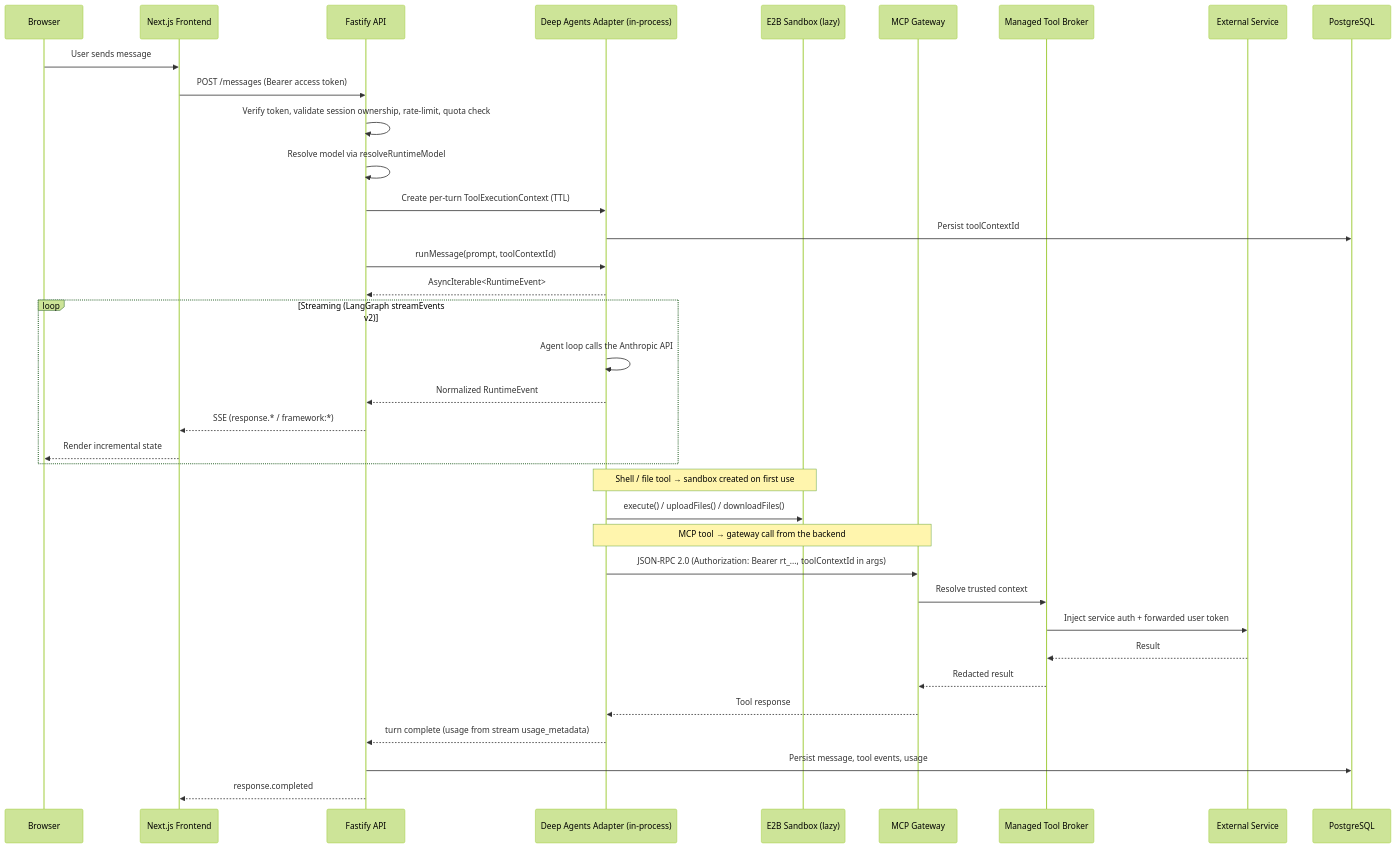
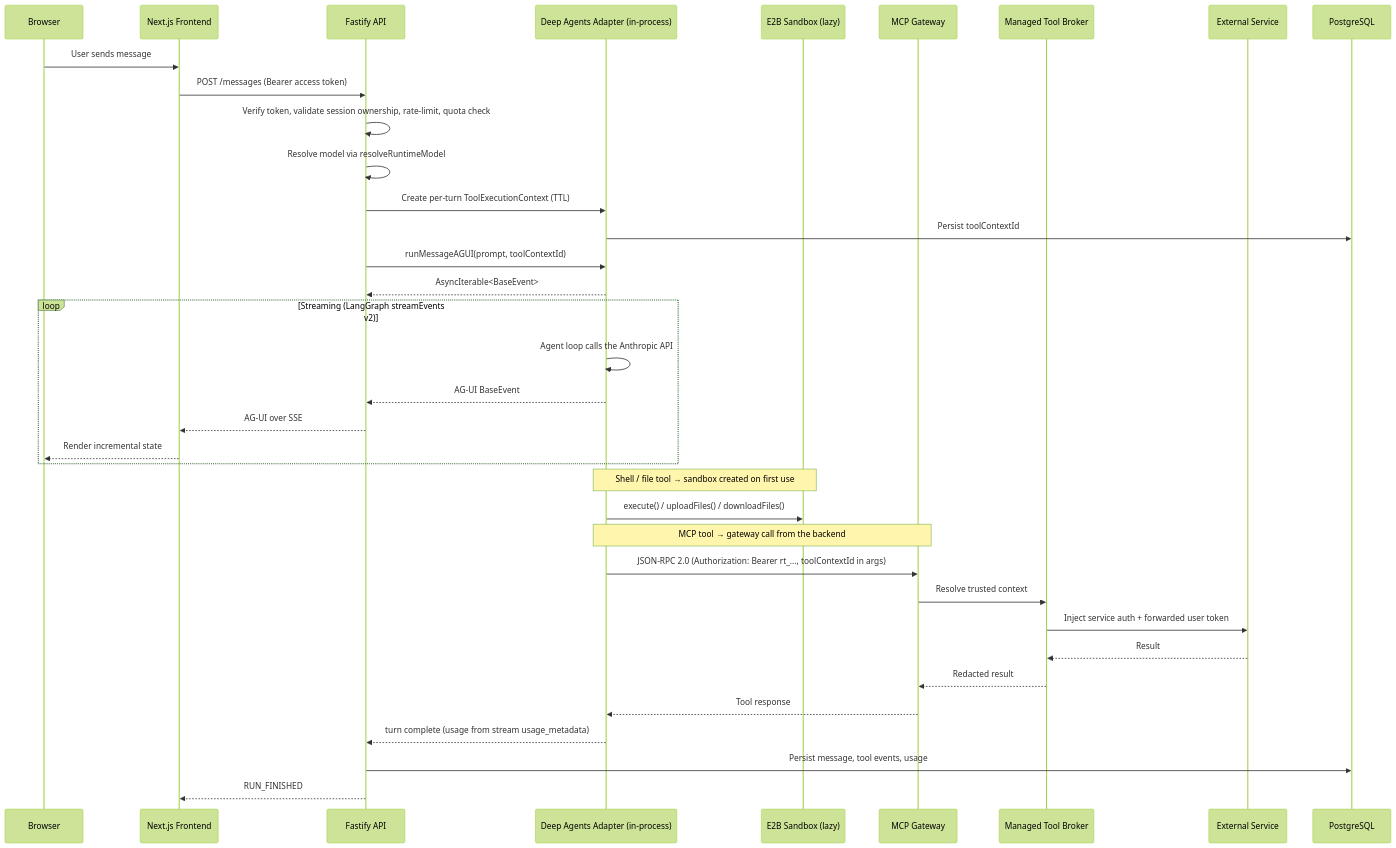
The diagram in docs/ARCHITECTURE.md (Cogniplane/cogniplane-core), drawn with Mermaid (forest theme) before and after one commit. The commit also changed other lines of this file and 445 other files, not shown here.

````diff
--- a/docs/ARCHITECTURE.md
+++ b/docs/ARCHITECTURE.md
@@ -59,43 +59,43 @@
 ```mermaid
 sequenceDiagram
     participant B as Browser
     participant F as Next.js Frontend
     participant A as Fastify API
     participant DA as Deep Agents Adapter (in-process)
     participant SB as E2B Sandbox (lazy)
     participant MCP as MCP Gateway
     participant TB as Managed Tool Broker
     participant Ext as External Service
     participant PG as PostgreSQL
 
     B->>F: User sends message
     F->>A: POST /messages (Bearer access token)
     A->>A: Verify token, validate session ownership, rate-limit, quota check
     A->>A: Resolve model via resolveRuntimeModel
     A->>DA: Create per-turn ToolExecutionContext (TTL)
     DA->>PG: Persist toolContextId
-    A->>DA: runMessage(prompt, toolContextId)
-    DA-->>A: AsyncIterable<RuntimeEvent>
+    A->>DA: runMessageAGUI(prompt, toolContextId)
+    DA-->>A: AsyncIterable<BaseEvent>
 
     loop Streaming (LangGraph streamEvents v2)
         DA->>DA: Agent loop calls the Anthropic API
-        DA-->>A: Normalized RuntimeEvent
-        A-->>F: SSE (response.* / framework:*)
+        DA-->>A: AG-UI BaseEvent
+        A-->>F: AG-UI over SSE
         F-->>B: Render incremental state
     end
 
     Note over DA,SB: Shell / file tool → sandbox created on first use
     DA->>SB: execute() / uploadFiles() / downloadFiles()
 
     Note over DA,MCP: MCP tool → gateway call from the backend
     DA->>MCP: JSON-RPC 2.0 (Authorization: Bearer rt_..., toolContextId in args)
     MCP->>TB: Resolve trusted context
     TB->>Ext: Inject service auth + forwarded user token
     Ext-->>TB: Result
     TB-->>MCP: Redacted result
     MCP-->>DA: Tool response
 
     DA-->>A: turn complete (usage from stream usage_metadata)
     A->>PG: Persist message, tool events, usage
-    A-->>F: response.completed
+    A-->>F: RUN_FINISHED
 ```
````
